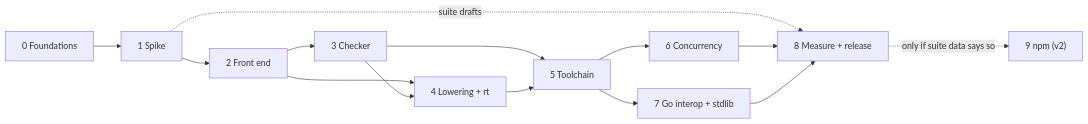
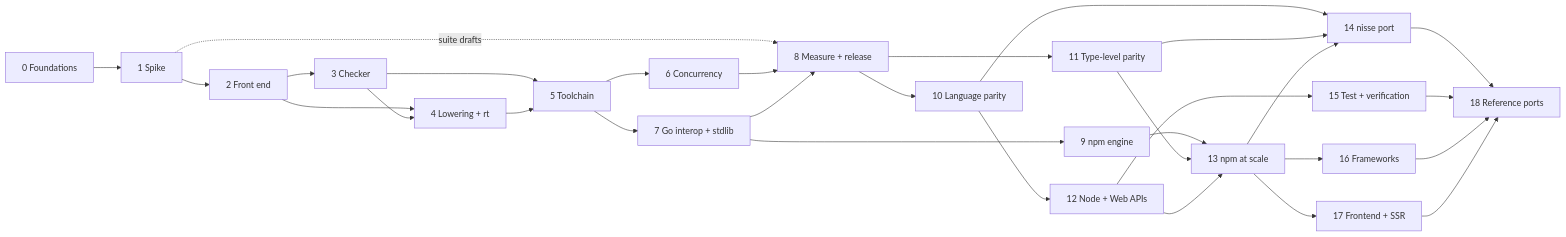
One commit to howlerops/nisse changed the diagram in docs/ledger/README.md. Above: the diagram before and after it, drawn with Mermaid. The commit also changed other lines of this file and 15 other files, not shown here.

First line of the commit message:
Scope TypeScript parity line: port tool, wider Nisse, waves 10-18

````diff
--- a/docs/ledger/README.md
+++ b/docs/ledger/README.md
@@ -24,16 +33,32 @@
 ```mermaid
 flowchart LR
     W0["0 Foundations"] --> W1["1 Spike"]
     W1 --> W2["2 Front end"]
     W2 --> W3["3 Checker"]
     W2 --> W4["4 Lowering + rt"]
     W3 --> W4
     W3 --> W5["5 Toolchain"]
     W4 --> W5
     W5 --> W6["6 Concurrency"]
     W5 --> W7["7 Go interop + stdlib"]
     W1 -. "suite drafts" .-> W8["8 Measure + release"]
     W6 --> W8
     W7 --> W8
-    W8 -. "only if suite data says so" .-> W9["9 npm (v2)"]
+    W7 --> W9["9 npm engine"]
+    W8 --> W10["10 Language parity"]
+    W8 --> W11["11 Type-level parity"]
+    W10 --> W12["12 Node + Web APIs"]
+    W9 --> W13["13 npm at scale"]
+    W11 --> W13
+    W12 --> W13
+    W10 --> W14["14 nisse port"]
+    W11 --> W14
+    W13 --> W14
+    W12 --> W15["15 Test + verification"]
+    W14 --> W18["18 Reference ports"]
+    W15 --> W18
+    W13 --> W16["16 Frameworks"]
+    W16 --> W18
+    W13 --> W17["17 Frontend + SSR"]
+    W17 --> W18
 ```
````
